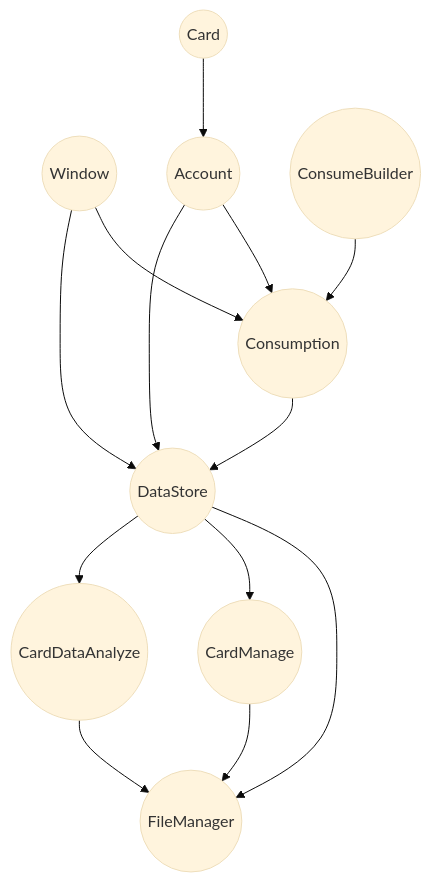
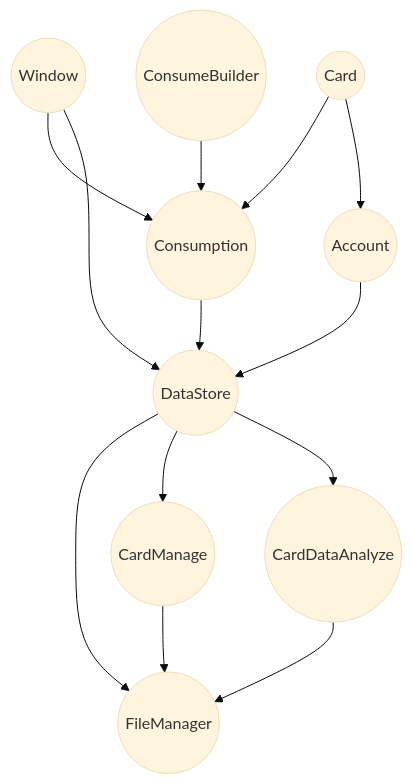
Before and after one commit to xhzq233/CampusCardBackEnd: the diagram in README.md, drawn with Mermaid (base theme). The commit also changed other lines of this file and 9 other files, not shown here.

````diff
--- a/README.md
+++ b/README.md
@@ -17,27 +17,27 @@
 ```mermaid
 graph TB
 
 A((FileManager))
 B((Window))
 C((Card))
 D((Account))
 E((Consumption))
 F((ConsumeBuilder))
 G((DataStore))
 H((CardManage))
 I((CardDataAnalyze))
 
 G-->A
 H-->A
 I-->A
 B-->E
-D-->E
+C-->E
 E-->G
 F-->E
 B-->G
 C-->D
 D-->G
 G-->H
 G-->I
 
 ```
````
